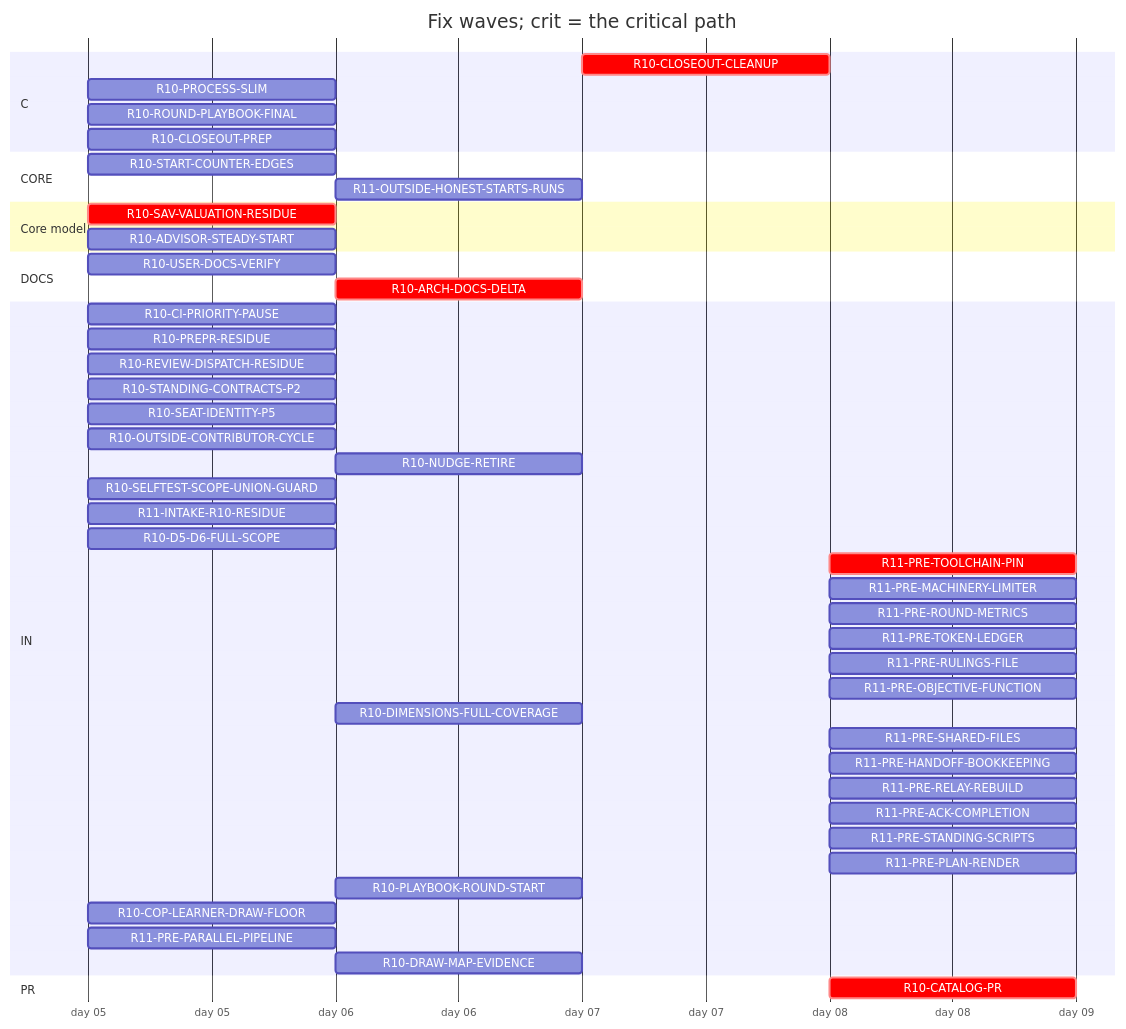
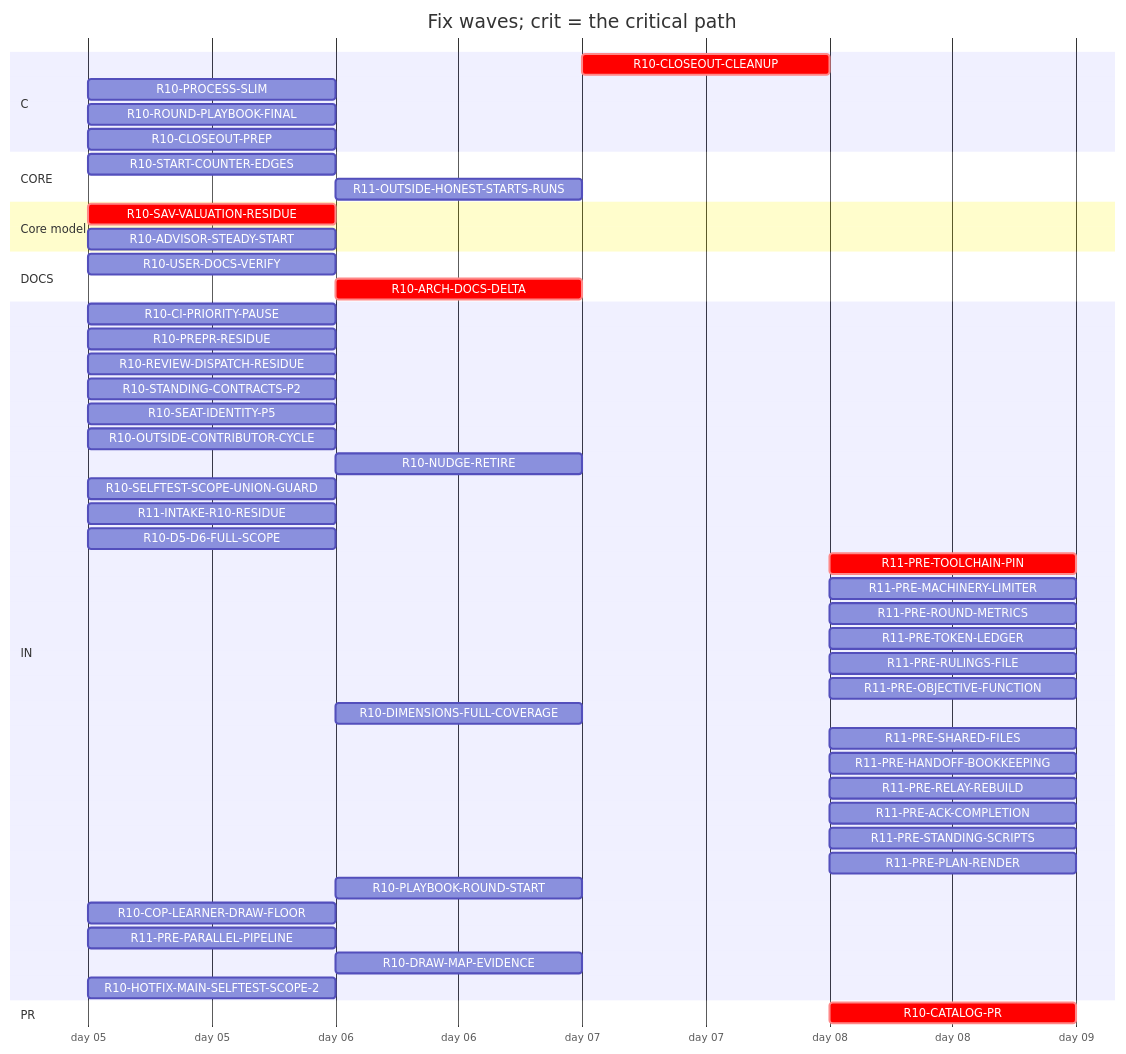
The diagram in handoff/round10/state/PLAN-TABLE.md (tvofi/heatpump_optimizer), drawn with Mermaid before and after one commit. The commit also changed other lines of this file and 3 other files, not shown here.

Commit message:
state: FLOW-BOARD.md, NEXT-SESSION-PROMPT.md, PLAN-TABLE.md, RESUME-CURRENT.md regenerated (state_docs.py)

````diff
--- a/handoff/round10/state/PLAN-TABLE.md
+++ b/handoff/round10/state/PLAN-TABLE.md
@@ -19,50 +19,51 @@
 ```mermaid
 gantt
   title Fix waves; crit = the critical path
   dateFormat YYYY-MM-DD
   axisFormat day %d
   section C
     R10-CLOSEOUT-CLEANUP :crit, r10CLOSEOUTCLEANUP, after r10USERDOCSVERIFY r10CLOSEOUTPREP r10ARCHDOCSDELTA, 1d
     R10-PROCESS-SLIM :r10PROCESSSLIM, 2026-01-05, 1d
     R10-ROUND-PLAYBOOK-FINAL :r10ROUNDPLAYBOOKFINAL, 2026-01-05, 1d
     R10-CLOSEOUT-PREP :r10CLOSEOUTPREP, 2026-01-05, 1d
   section CORE
     R10-START-COUNTER-EDGES :r10STARTCOUNTEREDGES, 2026-01-05, 1d
     R11-OUTSIDE-HONEST-STARTS-RUNS :r11OUTSIDEHONESTSTARTSRUNS, after r10ADVISORSTEADYSTART, 1d
   section Core model
     R10-SAV-VALUATION-RESIDUE :crit, r10SAVVALUATIONRESIDUE, 2026-01-05, 1d
     R10-ADVISOR-STEADY-START :r10ADVISORSTEADYSTART, 2026-01-05, 1d
   section DOCS
     R10-USER-DOCS-VERIFY :r10USERDOCSVERIFY, 2026-01-05, 1d
     R10-ARCH-DOCS-DELTA :crit, r10ARCHDOCSDELTA, after r10SAVVALUATIONRESIDUE r10ADVISORSTEADYSTART, 1d
   section IN
     R10-CI-PRIORITY-PAUSE :r10CIPRIORITYPAUSE, 2026-01-05, 1d
     R10-PREPR-RESIDUE :r10PREPRRESIDUE, 2026-01-05, 1d
     R10-REVIEW-DISPATCH-RESIDUE :r10REVIEWDISPATCHRESIDUE, 2026-01-05, 1d
     R10-STANDING-CONTRACTS-P2 :r10STANDINGCONTRACTSP2, 2026-01-05, 1d
     R10-SEAT-IDENTITY-P5 :r10SEATIDENTITYP5, 2026-01-05, 1d
     R10-OUTSIDE-CONTRIBUTOR-CYCLE :r10OUTSIDECONTRIBUTORCYCLE, 2026-01-05, 1d
     R10-NUDGE-RETIRE :r10NUDGERETIRE, after r10ROUNDPLAYBOOKFINAL, 1d
     R10-SELFTEST-SCOPE-UNION-GUARD :r10SELFTESTSCOPEUNIONGUARD, 2026-01-05, 1d
     R11-INTAKE-R10-RESIDUE :r11INTAKER10RESIDUE, 2026-01-05, 1d
     R10-D5-D6-FULL-SCOPE :r10D5D6FULLSCOPE, 2026-01-05, 1d
     R11-PRE-TOOLCHAIN-PIN :crit, r11PRETOOLCHAINPIN, after r10CATALOGPR, 1d
     R11-PRE-MACHINERY-LIMITER :r11PREMACHINERYLIMITER, after r10CATALOGPR, 1d
     R11-PRE-ROUND-METRICS :r11PREROUNDMETRICS, after r10CATALOGPR, 1d
     R11-PRE-TOKEN-LEDGER :r11PRETOKENLEDGER, after r10CATALOGPR, 1d
     R11-PRE-RULINGS-FILE :r11PRERULINGSFILE, after r10CATALOGPR, 1d
     R11-PRE-OBJECTIVE-FUNCTION :r11PREOBJECTIVEFUNCTION, after r10CATALOGPR, 1d
     R10-DIMENSIONS-FULL-COVERAGE :r10DIMENSIONSFULLCOVERAGE, after r10D5D6FULLSCOPE, 1d
     R11-PRE-SHARED-FILES :r11PRESHAREDFILES, after r10CATALOGPR, 1d
     R11-PRE-HANDOFF-BOOKKEEPING :r11PREHANDOFFBOOKKEEPING, after r10CATALOGPR, 1d
     R11-PRE-RELAY-REBUILD :r11PRERELAYREBUILD, after r10CATALOGPR, 1d
     R11-PRE-ACK-COMPLETION :r11PREACKCOMPLETION, after r10CATALOGPR, 1d
     R11-PRE-STANDING-SCRIPTS :r11PRESTANDINGSCRIPTS, after r10CATALOGPR, 1d
     R11-PRE-PLAN-RENDER :r11PREPLANRENDER, after r10CATALOGPR, 1d
     R10-PLAYBOOK-ROUND-START :r10PLAYBOOKROUNDSTART, after r10ROUNDPLAYBOOKFINAL, 1d
     R10-COP-LEARNER-DRAW-FLOOR :r10COPLEARNERDRAWFLOOR, 2026-01-05, 1d
     R11-PRE-PARALLEL-PIPELINE :r11PREPARALLELPIPELINE, 2026-01-05, 1d
     R10-DRAW-MAP-EVIDENCE :r10DRAWMAPEVIDENCE, after r10COPLEARNERDRAWFLOOR, 1d
+    R10-HOTFIX-MAIN-SELFTEST-SCOPE-2 :r10HOTFIXMAINSELFTESTSCOPE2, 2026-01-05, 1d
   section PR
     R10-CATALOG-PR :crit, r10CATALOGPR, after r10USERDOCSVERIFY r10CLOSEOUTCLEANUP r10CLOSEOUTPREP r10ARCHDOCSDELTA, 1d
 ```
````
